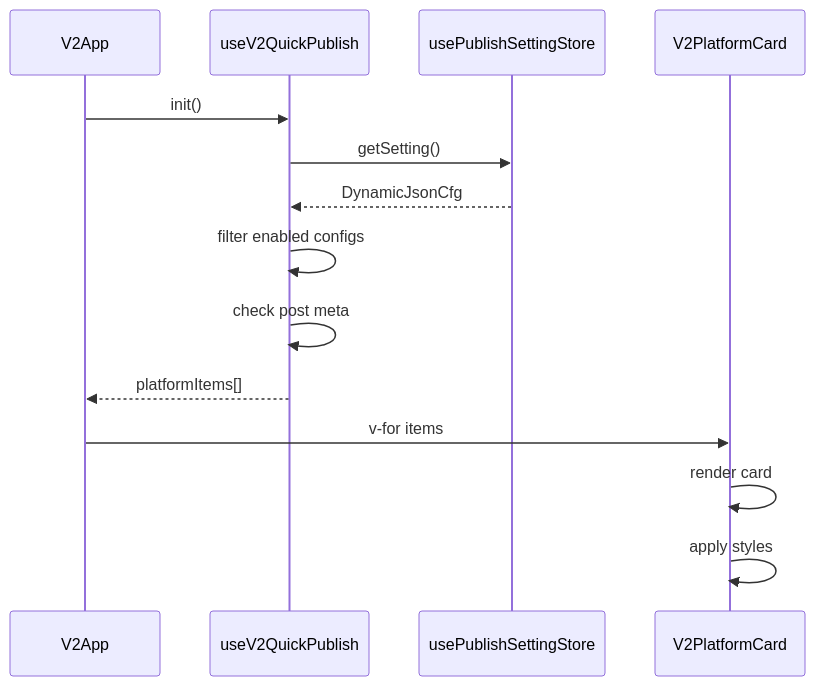
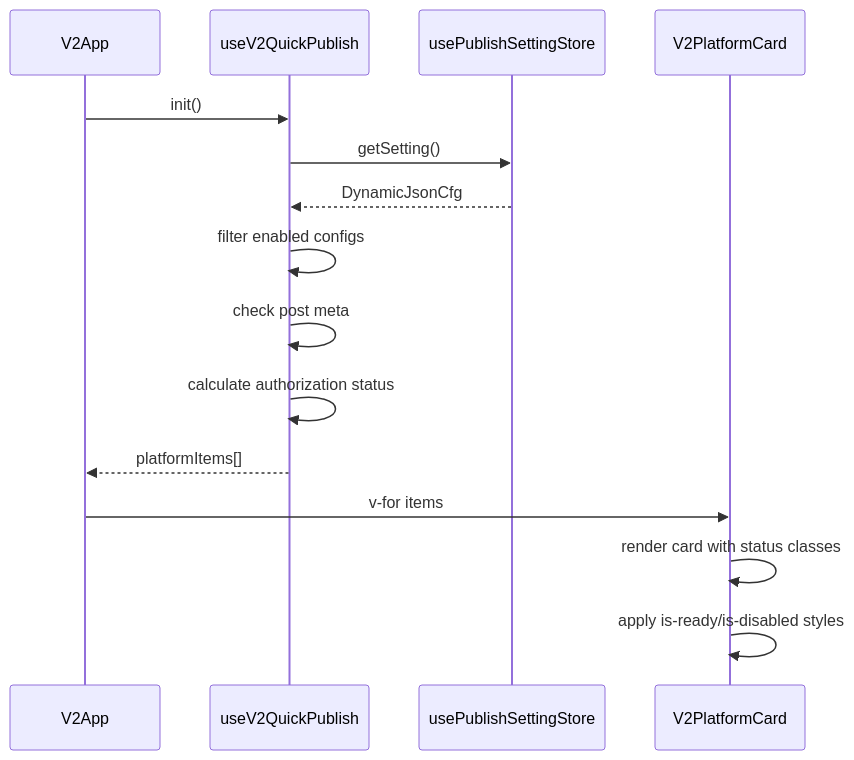
Before and after one commit to terwer/siyuan-plugin-publisher: the fourth of 11 diagrams in .qoder/repowiki/zh/content/用户界面组件/发布组件/V2 平台卡片组件.md, drawn with Mermaid. The commit also changed other lines of this file and 4 other files, not shown here.

````diff
--- a/.qoder/repowiki/zh/content/用户界面组件/发布组件/V2 平台卡片组件.md
+++ b/.qoder/repowiki/zh/content/用户界面组件/发布组件/V2 平台卡片组件.md
@@ -196,16 +217,17 @@
 ```mermaid
 sequenceDiagram
 participant App as V2App
 participant Composable as useV2QuickPublish
 participant Store as usePublishSettingStore
 participant Card as V2PlatformCard
 App->>Composable : init()
 Composable->>Store : getSetting()
 Store-->>Composable : DynamicJsonCfg
 Composable->>Composable : filter enabled configs
 Composable->>Composable : check post meta
+Composable->>Composable : calculate authorization status
 Composable-->>App : platformItems[]
 App->>Card : v-for items
-Card->>Card : render card
-Card->>Card : apply styles
+Card->>Card : render card with status classes
+Card->>Card : apply is-ready/is-disabled styles
 ```
````
